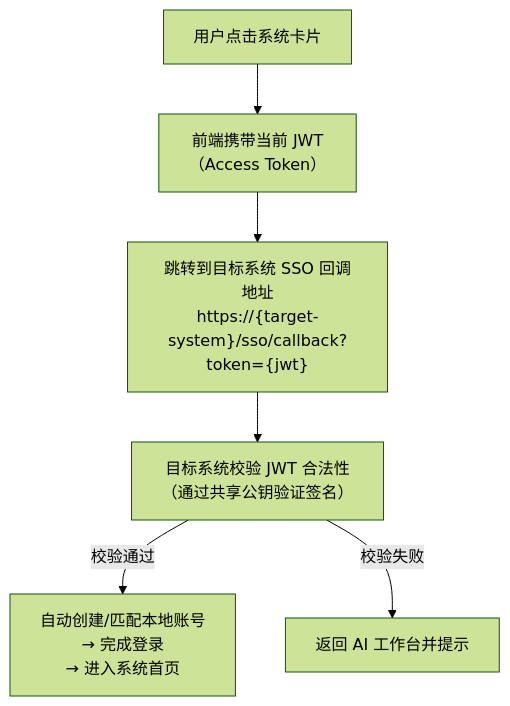
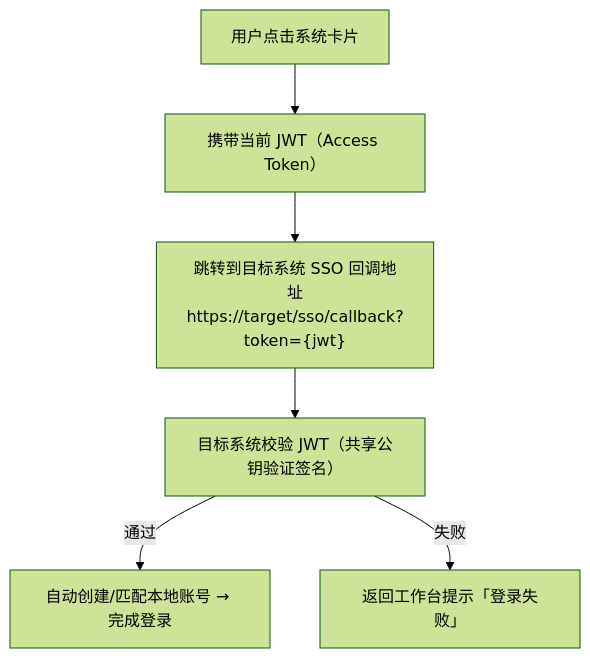
One commit to fri555/PORTL changed diagram 15 of 24 in docs/需求文档/AI工作门户-MVP-PRD.md. Above: the diagram before and after it, drawn with Mermaid (forest theme). The commit also changed other lines of this file and 55 other files, not shown here.

````diff
--- a/docs/需求文档/AI工作门户-MVP-PRD.md
+++ b/docs/需求文档/AI工作门户-MVP-PRD.md
@@ -689,8 +935,8 @@
 ```mermaid
 flowchart TD
-    A["用户点击系统卡片"] --> B["前端携带当前 JWT<br/>（Access Token）"]
-    B --> C["跳转到目标系统 SSO 回调地址<br/>https://{target-system}/sso/callback?token={jwt}"]
-    C --> D["目标系统校验 JWT 合法性<br/>（通过共享公钥验证签名）"]
-    D -->|校验通过| E["自动创建/匹配本地账号<br/>→ 完成登录<br/>→ 进入系统首页"]
-    D -->|校验失败| F["返回 AI 工作台并提示"]
+    A["用户点击系统卡片"] --> B["携带当前 JWT（Access Token）"]
+    B --> C["跳转到目标系统 SSO 回调地址<br/>https://target/sso/callback?token={jwt}"]
+    C --> D["目标系统校验 JWT（共享公钥验证签名）"]
+    D -->|通过| E["自动创建/匹配本地账号 → 完成登录"]
+    D -->|失败| F["返回工作台提示「登录失败」"]
 ```
````
